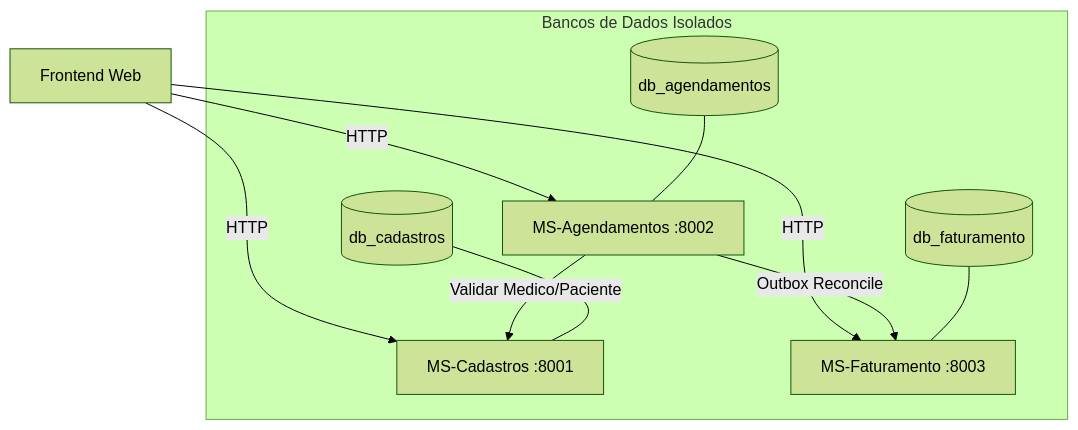
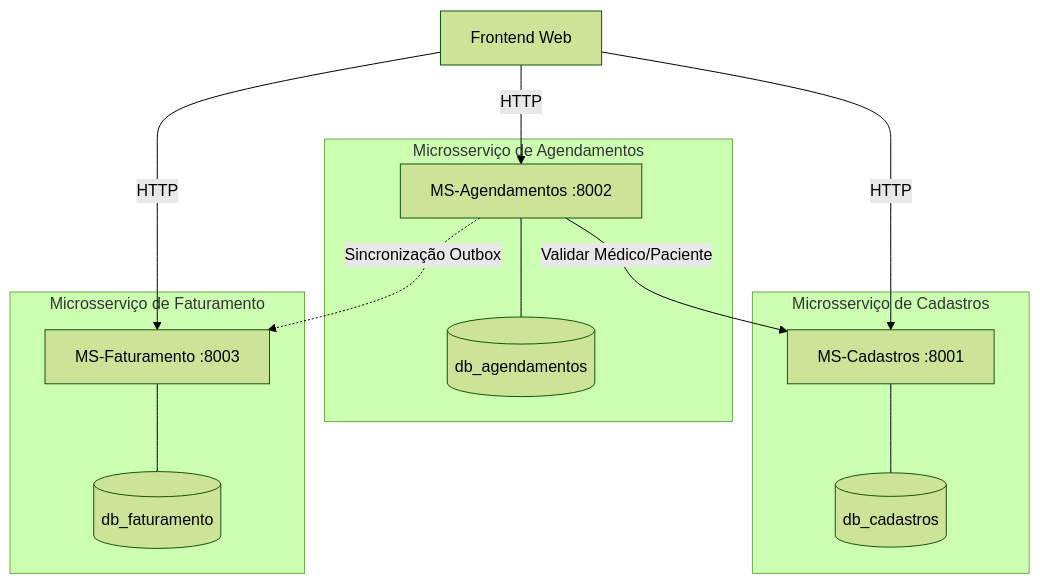
Before and after one commit to LuquinhasPS/MICROSERVICOS: the diagram in README.md, drawn with Mermaid (forest theme).

````diff
--- a/README.md
+++ b/README.md
@@ -26,15 +26,27 @@
 ```mermaid
 graph TD
-    Front[Frontend Web] --> |HTTP| MSC[MS-Cadastros :8001]
-    Front --> |HTTP| MSA[MS-Agendamentos :8002]
-    Front --> |HTTP| MSF[MS-Faturamento :8003]
-    
-    MSA --> |Validar Medico/Paciente| MSC
-    MSA --> |Outbox Reconcile| MSF
-    
-    subgraph Bancos de Dados Isolados
-        DB1[(db_cadastros)] --- MSC
-        DB2[(db_agendamentos)] --- MSA
-        DB3[(db_faturamento)] --- MSF
+    Front[Frontend Web] -->|HTTP| MSC
+    Front -->|HTTP| MSA
+    Front -->|HTTP| MSF
+
+    subgraph MSC_BOX [Microsserviço de Cadastros]
+        MSC[MS-Cadastros :8001]
+        DB1[(db_cadastros)]
+        MSC --- DB1
     end
+
+    subgraph MSA_BOX [Microsserviço de Agendamentos]
+        MSA[MS-Agendamentos :8002]
+        DB2[(db_agendamentos)]
+        MSA --- DB2
+    end
+
+    subgraph MSF_BOX [Microsserviço de Faturamento]
+        MSF[MS-Faturamento :8003]
+        DB3[(db_faturamento)]
+        MSF --- DB3
+    end
+
+    MSA -->|Validar Médico/Paciente| MSC
+    MSA -.->|Sincronização Outbox| MSF
 ```
````
